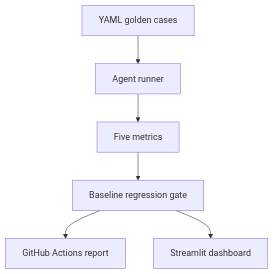
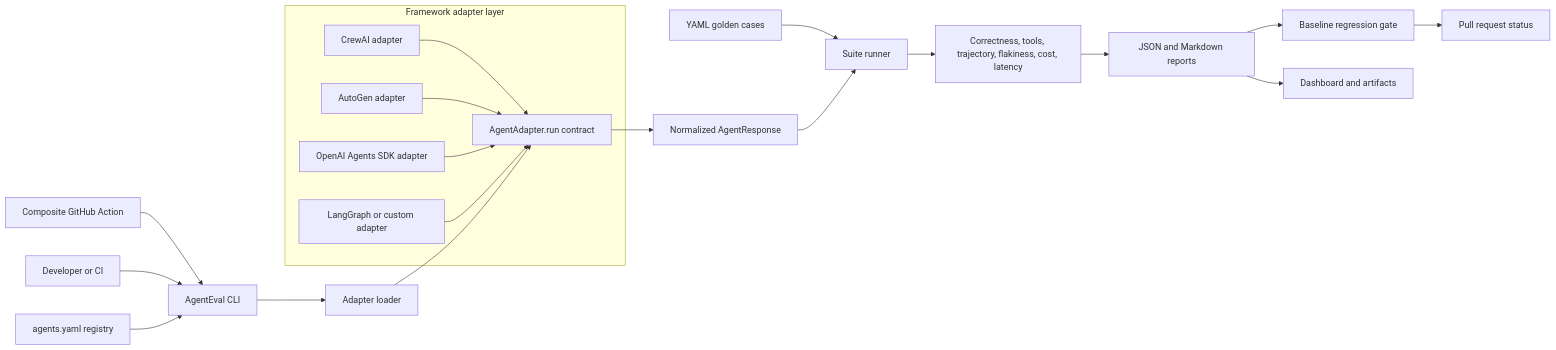
The diagram in README.md (nishanttyagi28/agenteval), drawn with Mermaid before and after one commit. The commit also changed other lines of this file, not shown here.

Commit message:
docs: overhaul project architecture and quickstart

````diff
--- a/README.md
+++ b/README.md
@@ -56,8 +31,29 @@
 ```mermaid
-flowchart TD
-    Cases["YAML golden cases"] --> Runner["Agent runner"]
-    Runner --> Metrics["Five metrics"]
-    Metrics --> Gate["Baseline regression gate"]
-    Gate --> CI["GitHub Actions report"]
-    Gate --> Dashboard["Streamlit dashboard"]
+flowchart LR
+    Action["Composite GitHub Action"] --> CLI["AgentEval CLI"]
+    Developer["Developer or CI"] --> CLI
+    Registry["agents.yaml registry"] --> CLI
+    CLI --> Loader["Adapter loader"]
+
+    subgraph AdapterLayer["Framework adapter layer"]
+        Contract["AgentAdapter.run contract"]
+        CrewAI["CrewAI adapter"]
+        AutoGen["AutoGen adapter"]
+        OpenAIAgents["OpenAI Agents SDK adapter"]
+        Custom["LangGraph or custom adapter"]
+        CrewAI --> Contract
+        AutoGen --> Contract
+        OpenAIAgents --> Contract
+        Custom --> Contract
+    end
+
+    Loader --> Contract
+    Contract --> Response["Normalized AgentResponse"]
+    Cases["YAML golden cases"] --> Runner["Suite runner"]
+    Response --> Runner
+    Runner --> Scoring["Correctness, tools, trajectory, flakiness, cost, latency"]
+    Scoring --> Reports["JSON and Markdown reports"]
+    Reports --> Gate["Baseline regression gate"]
+    Gate --> CI["Pull request status"]
+    Reports --> Dashboard["Dashboard and artifacts"]
 ```
````
